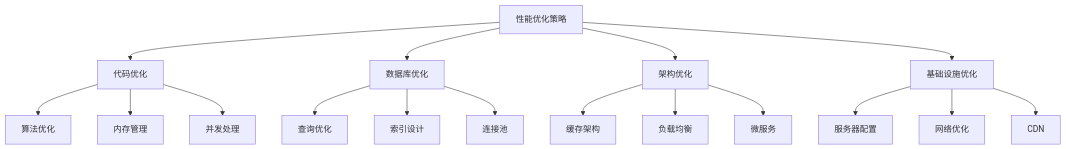
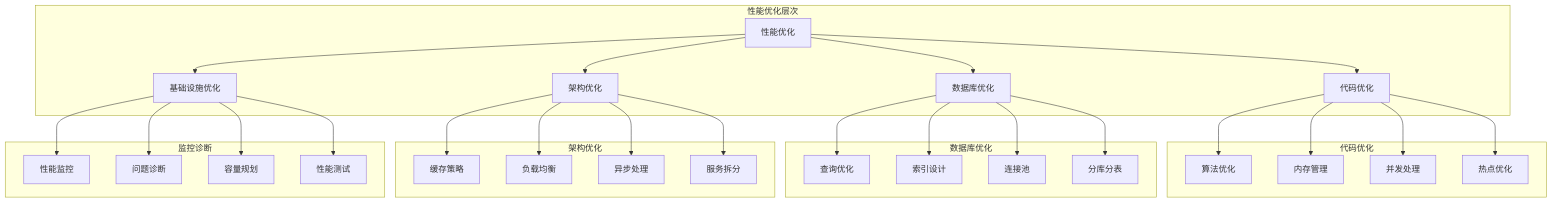
One commit to ming-xwolf/IQB changed the diagram in questions/backend/performance-optimization.md. Above: the diagram before and after it, drawn with Mermaid. The commit also changed other lines of this file and 23 other files, not shown here.

Commit message:
优化后端面试题：重构理论与代码分离，优化Mermaid图表和文档结构

````diff
--- a/questions/backend/performance-optimization.md
+++ b/questions/backend/performance-optimization.md
@@ -18,23 +37,37 @@
 ```mermaid
-graph TD
-    A[性能优化策略] --> B[代码优化]
-    A --> C[数据库优化] 
-    A --> D[架构优化]
-    A --> E[基础设施优化]
+graph TB
+    subgraph "性能优化层次"
+        A[性能优化] --> B[代码优化]
+        A --> C[数据库优化]
+        A --> D[架构优化]
+        A --> E[基础设施优化]
+    end
     
-    B --> B1[算法优化]
-    B --> B2[内存管理]
-    B --> B3[并发处理]
+    subgraph "代码优化"
+        B --> F[算法优化]
+        B --> G[内存管理]
+        B --> H[并发处理]
+        B --> I[热点优化]
+    end
     
-    C --> C1[查询优化]
-    C --> C2[索引设计]
-    C --> C3[连接池]
+    subgraph "数据库优化"
+        C --> J[查询优化]
+        C --> K[索引设计]
+        C --> L[连接池]
+        C --> M[分库分表]
+    end
     
-    D --> D1[缓存架构]
-    D --> D2[负载均衡]
-    D --> D3[微服务]
+    subgraph "架构优化"
+        D --> N[缓存策略]
+        D --> O[负载均衡]
+        D --> P[异步处理]
+        D --> Q[服务拆分]
+    end
     
-    E --> E1[服务器配置]
-    E --> E2[网络优化]
-    E --> E3[CDN]
+    subgraph "监控诊断"
+        E --> R[性能监控]
+        E --> S[问题诊断]
+        E --> T[容量规划]
+        E --> U[性能测试]
+    end
 ```
````
